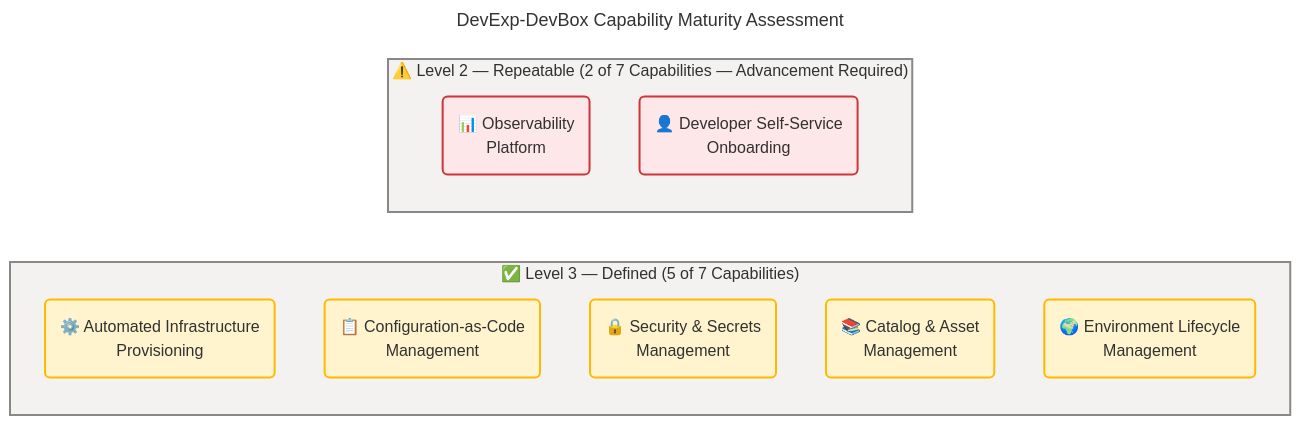
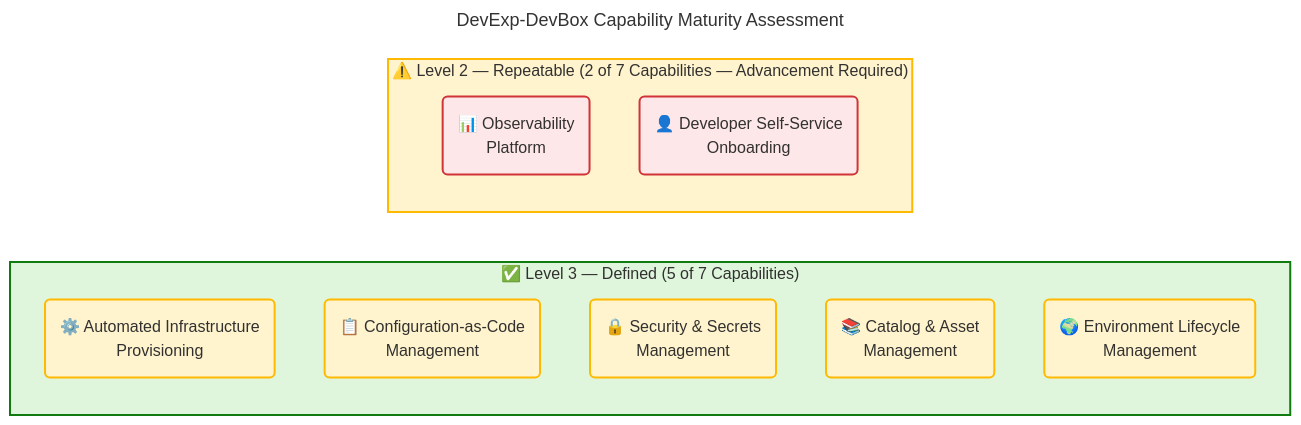
Before and after one commit to Evilazaro/DevExp-DevBox: the fourth of 7 diagrams in docs/architecture/business-architecture.md, drawn with Mermaid. The commit also changed other lines of this file, not shown here.

Commit message:
refactor: Update Mermaid diagram styles for improved visual clarity in business architecture documentation

````diff
--- a/docs/architecture/business-architecture.md
+++ b/docs/architecture/business-architecture.md
@@ -514,46 +520,46 @@
 ```mermaid
 ---
 title: DevExp-DevBox Capability Maturity Assessment
 config:
   theme: base
   look: classic
   layout: dagre
   themeVariables:
     fontSize: '16px'
   flowchart:
     htmlLabels: true
 ---
 flowchart LR
     accTitle: DevExp-DevBox Capability Maturity Assessment
     accDescr: Heatmap-style assessment of all 7 business capabilities grouped by maturity level; yellow nodes indicate Level 3 Defined, red nodes indicate Level 2 Repeatable requiring advancement.
 
     %% ═══════════════════════════════════════════════════════════════════════════
     %% AZURE / FLUENT ARCHITECTURE PATTERN v1.1
     %% (Semantic + Structural + Font + Accessibility Governance)
     %% ═══════════════════════════════════════════════════════════════════════════
     %% PHASE 1 - FLUENT UI: All styling uses approved Fluent UI palette only
     %% PHASE 2 - GROUPS: Every subgraph has semantic color via style directive
     %% PHASE 3 - COMPONENTS: Every node has semantic classDef + icon prefix
     %% PHASE 4 - ACCESSIBILITY: accTitle/accDescr present, WCAG AA contrast
     %% PHASE 5 - STANDARD: Governance block present, classDefs centralized
     %% ═══════════════════════════════════════════════════════════════════════════
 
     subgraph defined["✅ Level 3 — Defined  (5 of 7 Capabilities)"]
         cap1("⚙️ Automated Infrastructure<br/>Provisioning"):::warning
         cap2("📋 Configuration-as-Code<br/>Management"):::warning
         cap3("🔒 Security & Secrets<br/>Management"):::warning
         cap6("📚 Catalog & Asset<br/>Management"):::warning
         cap7("🌍 Environment Lifecycle<br/>Management"):::warning
     end
 
     subgraph repeatable["⚠️ Level 2 — Repeatable  (2 of 7 Capabilities — Advancement Required)"]
         cap4("📊 Observability<br/>Platform"):::danger
         cap5("👤 Developer Self-Service<br/>Onboarding"):::danger
     end
 
-    style defined fill:#F3F2F1,stroke:#8A8886,stroke-width:2px,color:#323130
-    style repeatable fill:#F3F2F1,stroke:#8A8886,stroke-width:2px,color:#323130
+    style defined fill:#DFF6DD,stroke:#107C10,stroke-width:2px,color:#323130
+    style repeatable fill:#FFF4CE,stroke:#FFB900,stroke-width:2px,color:#323130
 
     classDef warning fill:#FFF4CE,stroke:#FFB900,stroke-width:2px,color:#323130
     classDef danger fill:#FDE7E9,stroke:#D13438,stroke-width:2px,color:#323130
 ```
````
